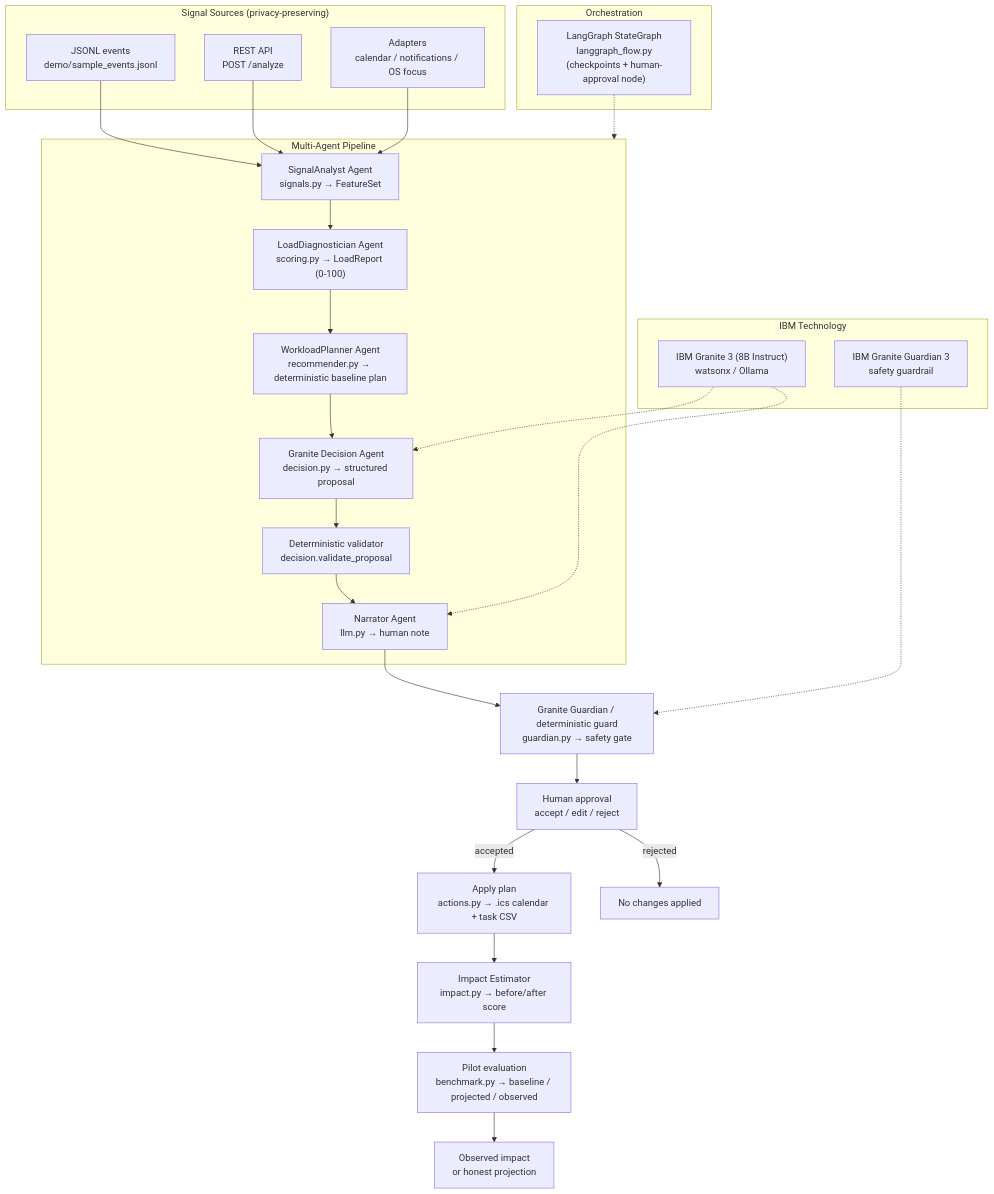
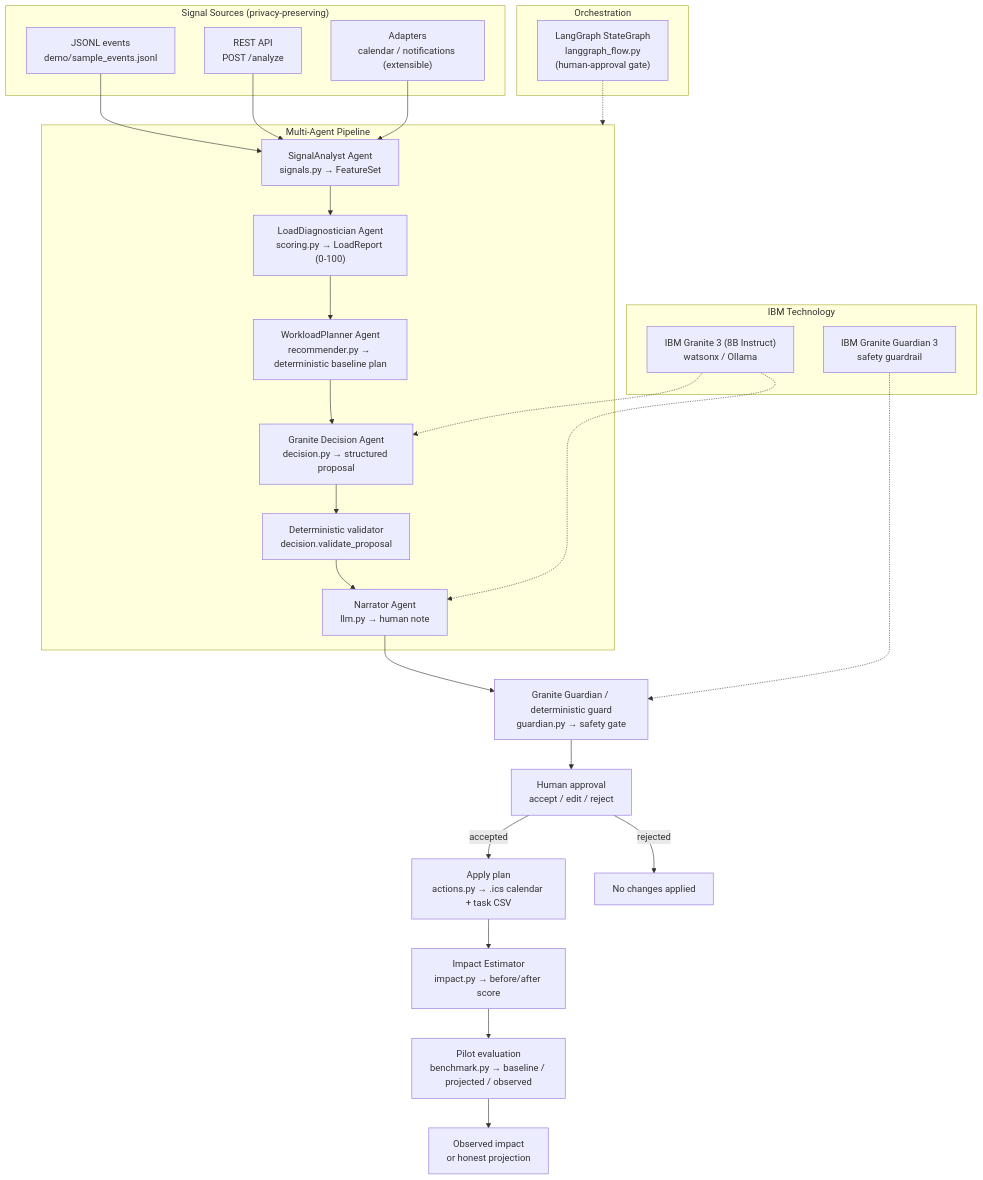
Before and after one commit to Aitor42/cognitive-load-ai-coworker: the diagram in README.md, drawn with Mermaid. The commit also changed other lines of this file and 2 other files, not shown here.

````diff
--- a/README.md
+++ b/README.md
@@ -91,52 +91,52 @@
 ```mermaid
 flowchart TB
     subgraph Inputs["Signal Sources (privacy-preserving)"]
         JSONL["JSONL events<br/>demo/sample_events.jsonl"]
         REST["REST API<br/>POST /analyze"]
-        ADAPT["Adapters<br/>calendar / notifications / OS focus"]
+        ADAPT["Adapters<br/>calendar / notifications (extensible)"]
     end
 
     subgraph Agents["Multi-Agent Pipeline"]
         SA["SignalAnalyst Agent<br/>signals.py → FeatureSet"]
         LD["LoadDiagnostician Agent<br/>scoring.py → LoadReport (0-100)"]
         WP["WorkloadPlanner Agent<br/>recommender.py → deterministic baseline plan"]
         DA["Granite Decision Agent<br/>decision.py → structured proposal"]
         GATE["Deterministic validator<br/>decision.validate_proposal"]
         NA["Narrator Agent<br/>llm.py → human note"]
     end
 
     GUARD["Granite Guardian / deterministic guard<br/>guardian.py → safety gate"]
     HUMAN["Human approval<br/>accept / edit / reject"]
     ACT["Apply plan<br/>actions.py → .ics calendar + task CSV"]
     IMP["Impact Estimator<br/>impact.py → before/after score"]
     MEAS["Pilot evaluation<br/>benchmark.py → baseline / projected / observed"]
 
     subgraph LLM["IBM Technology"]
         GRANITE["IBM Granite 3 (8B Instruct)<br/>watsonx / Ollama"]
         GUARDIAN["IBM Granite Guardian 3<br/>safety guardrail"]
     end
 
     subgraph ORCH["Orchestration"]
-        LG["LangGraph StateGraph<br/>langgraph_flow.py<br/>(checkpoints + human-approval node)"]
+        LG["LangGraph StateGraph<br/>langgraph_flow.py<br/>(human-approval gate)"]
     end
 
     JSONL --> SA
     REST --> SA
     ADAPT --> SA
     SA --> LD
     LD --> WP
     WP --> DA
     DA --> GATE
     GATE --> NA
     NA --> GUARD
     GUARD --> HUMAN
     HUMAN -->|accepted| ACT
     HUMAN -->|rejected| OUT_REJ["No changes applied"]
     ACT --> IMP
     IMP --> MEAS
     MEAS --> OUT["Observed impact<br/>or honest projection"]
     GRANITE -.-> NA
     GRANITE -.-> DA
     GUARDIAN -.-> GUARD
     LG -.-> Agents
 ```
````
